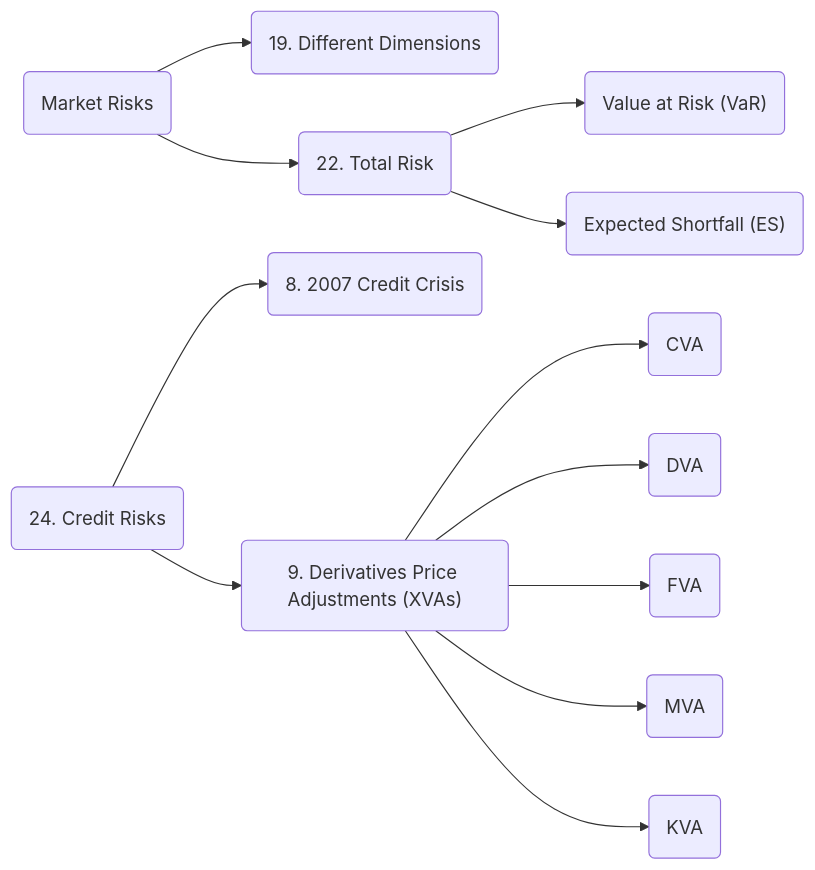
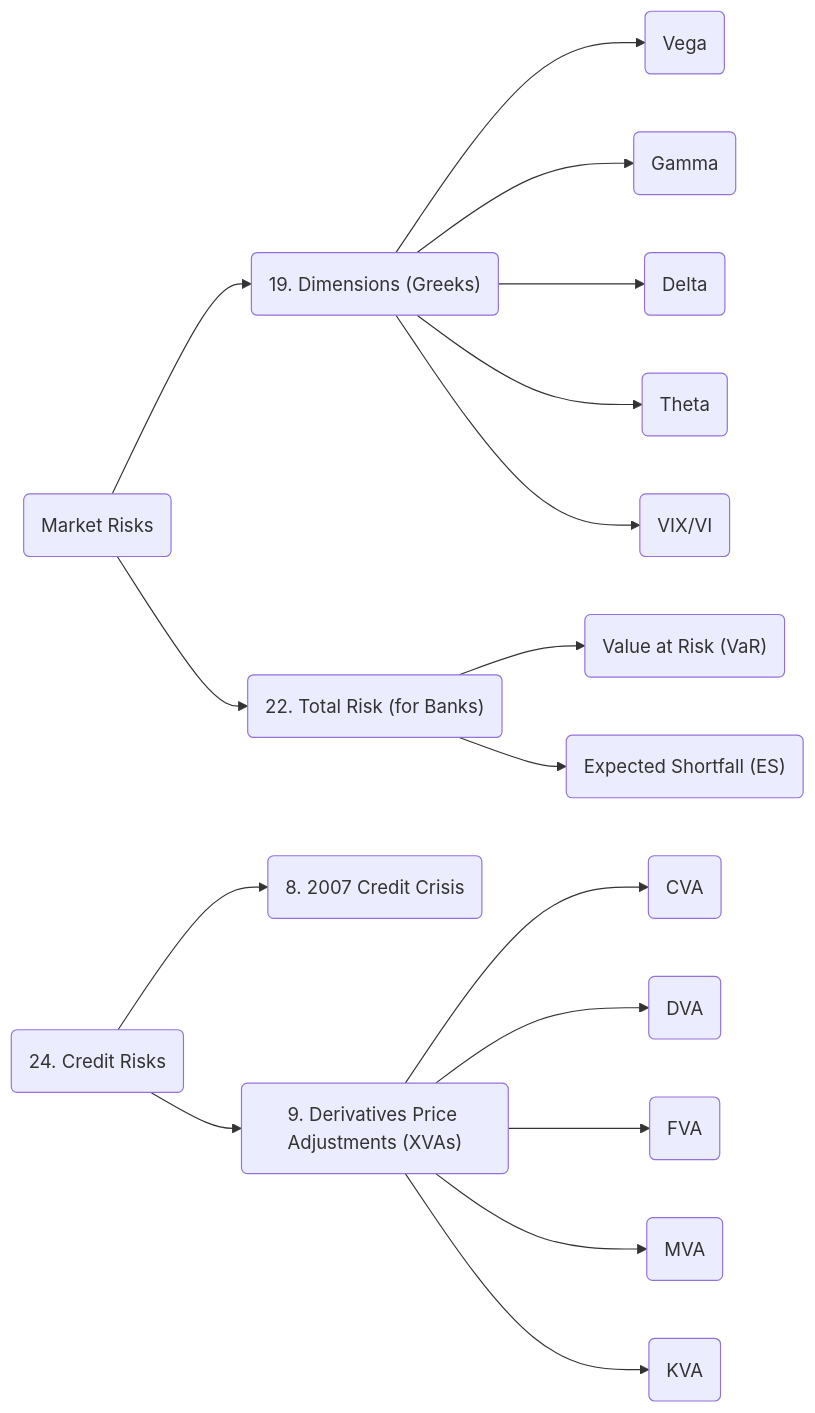
Before and after one commit to govindthange/notes: the fourth of 5 diagrams in moc/1_OptionsFuturesAndOtherDerivatives_SankarshanBasu_JohnHull_ed10_2018.md, drawn with Mermaid. The commit also changed other lines of this file, not shown here.

````diff
--- a/moc/1_OptionsFuturesAndOtherDerivatives_SankarshanBasu_JohnHull_ed10_2018.md
+++ b/moc/1_OptionsFuturesAndOtherDerivatives_SankarshanBasu_JohnHull_ed10_2018.md
@@ -145,16 +150,21 @@
 ```mermaid
 graph LR;
 	r(Market Risks)
-	r-->r_d(19. Different Dimensions)
-	r-->r_tr(22. Total Risk)
+	r-->r_d("19. Dimensions (Greeks)")
+		r_d-->rd_v(Vega)
+		r_d-->rd_g(Gamma)
+		r_d-->rd_d(Delta)
+		r_d-->rd_t(Theta)
+		r_d-->rd_vix(VIX/VI)
+	r-->r_tr("22. Total Risk (for Banks)")
 		r_tr-->rtr_var("Value at Risk (VaR)")
 		r_tr-->rtr_es("Expected Shortfall (ES)")
 	r_cr(24. Credit Risks)
 		r_cr-->rcr_cc2007(8. 2007 Credit Crisis)
 		r_cr-->rcr_pa("9. Derivatives Price Adjustments (XVAs)")
 			rcr_pa-->rcrpa_cva(CVA)
 			rcr_pa-->rcrpa_dva(DVA)
 			rcr_pa-->rcrpa_fva(FVA)
 			rcr_pa-->rcrpa_mva(MVA)
 			rcr_pa-->rcrpa_kva(KVA)
 ```
````
